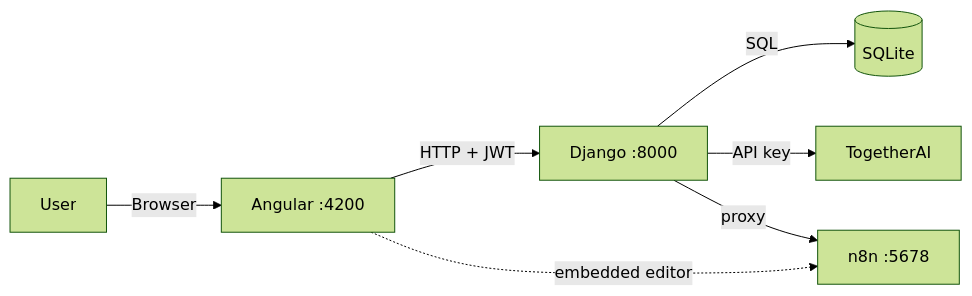
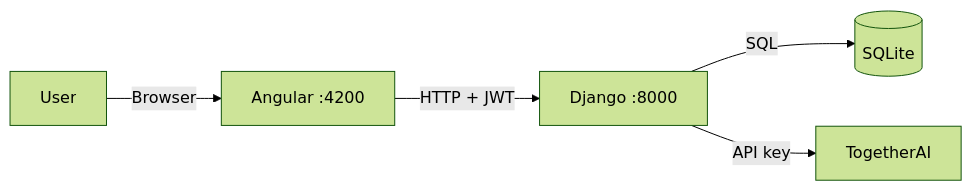
Before and after one commit to Fezzaioussama/AIMIx: the diagram in README.md, drawn with Mermaid (forest theme). The commit also changed other lines of this file and 26 other files, not shown here.

````diff
--- a/README.md
+++ b/README.md
@@ -59,9 +44,7 @@
 ```mermaid
 graph LR
     User -->|Browser| FE["Angular :4200"]
     FE -->|"HTTP + JWT"| BE["Django :8000"]
     BE -->|SQL| DB[("SQLite")]
     BE -->|API key| AI["TogetherAI"]
-    BE -->|"proxy"| N8N["n8n :5678"]
-    FE -.->|"embedded editor"| N8N
 ```
````
